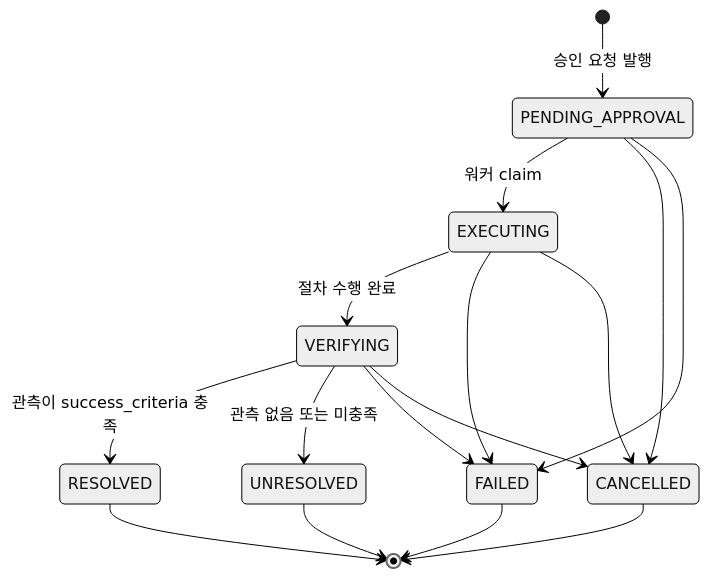
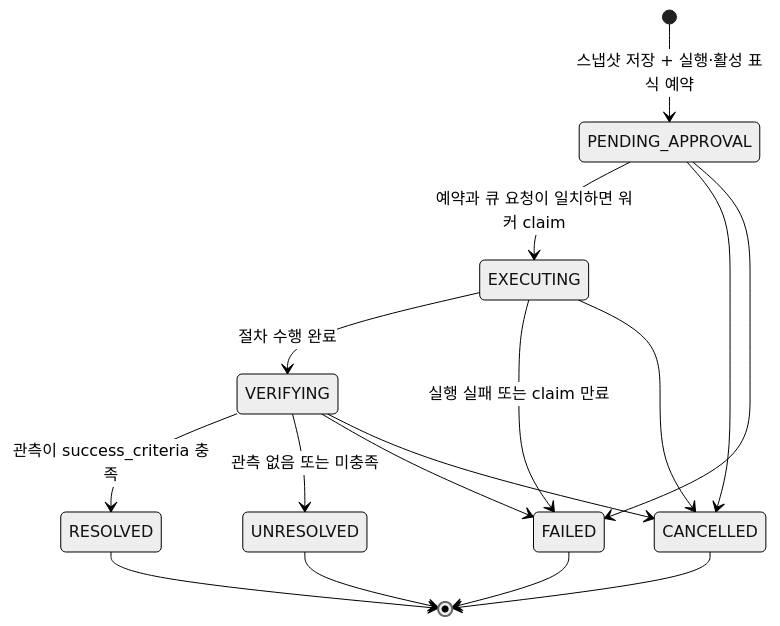
Before and after one commit to haandol/rca-agent: the fifth of 5 diagrams in docs/architecture.md, drawn with Mermaid (neutral theme). The commit also changed other lines of this file and 81 other files, not shown here.

````diff
--- a/docs/architecture.md
+++ b/docs/architecture.md
@@ -242,19 +249,19 @@
 ```mermaid
 stateDiagram-v2
-    [*] --> PENDING_APPROVAL: 승인 요청 발행
-    PENDING_APPROVAL --> EXECUTING: 워커 claim
+    [*] --> PENDING_APPROVAL: 스냅샷 저장 + 실행·활성 표식 예약
+    PENDING_APPROVAL --> EXECUTING: 예약과 큐 요청이 일치하면 워커 claim
     EXECUTING --> VERIFYING: 절차 수행 완료
     VERIFYING --> RESOLVED: 관측이 success_criteria 충족
     VERIFYING --> UNRESOLVED: 관측 없음 또는 미충족
     PENDING_APPROVAL --> CANCELLED
     PENDING_APPROVAL --> FAILED
-    EXECUTING --> FAILED
+    EXECUTING --> FAILED: 실행 실패 또는 claim 만료
     EXECUTING --> CANCELLED
     VERIFYING --> FAILED
     VERIFYING --> CANCELLED
 
     RESOLVED --> [*]
     UNRESOLVED --> [*]
     FAILED --> [*]
     CANCELLED --> [*]
 ```
````
